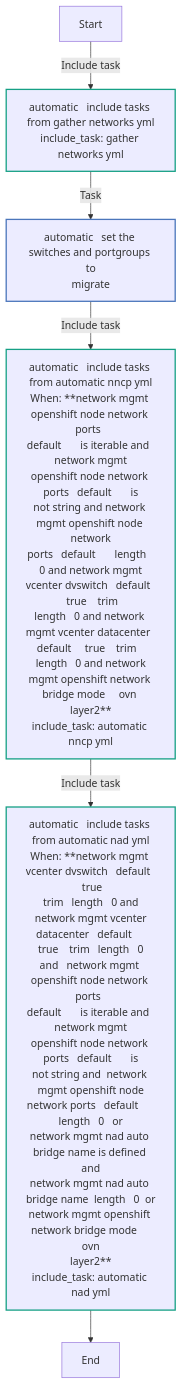
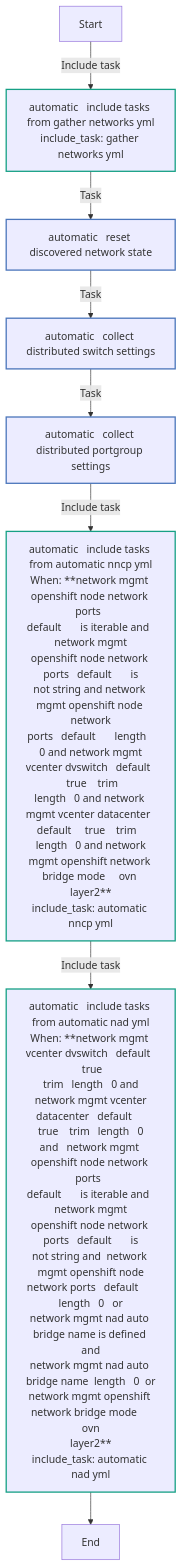
The first of 9 diagrams in roles/network_mgmt/README.md (redhat-cop/openshift_virtualization_migration), drawn with Mermaid before and after one commit. The commit also changed other lines of this file and 3 other files, not shown here.

````diff
--- a/roles/network_mgmt/README.md
+++ b/roles/network_mgmt/README.md
@@ -261,18 +275,20 @@
 ```mermaid
 flowchart TD
 Start
 classDef block stroke:#3498db,stroke-width:2px;
 classDef task stroke:#4b76bb,stroke-width:2px;
 classDef includeTasks stroke:#16a085,stroke-width:2px;
 classDef importTasks stroke:#34495e,stroke-width:2px;
 classDef includeRole stroke:#2980b9,stroke-width:2px;
 classDef importRole stroke:#699ba7,stroke-width:2px;
 classDef includeVars stroke:#8e44ad,stroke-width:2px;
 classDef rescue stroke:#665352,stroke-width:2px;
 
   Start-->|Include task| automatic___Include_tasks_from_gather_networks_yml_gather_networks_yml_0[automatic   include tasks from gather networks yml<br>include_task: gather networks yml]:::includeTasks
-  automatic___Include_tasks_from_gather_networks_yml_gather_networks_yml_0-->|Task| automatic___Set_the_switches_and_portgroups_to_migrate1[automatic   set the switches and portgroups to<br>migrate]:::task
-  automatic___Set_the_switches_and_portgroups_to_migrate1-->|Include task| automatic___Include_tasks_from_automatic_nncp_yml_automatic_nncp_yml_2[automatic   include tasks from automatic nncp yml<br>When: **network mgmt openshift node network ports  <br>default       is iterable and  network mgmt<br>openshift node network ports   default       is<br>not string and network mgmt openshift node network<br>ports   default       length   0 and network mgmt<br>vcenter dvswitch   default     true    trim  <br>length   0 and network mgmt vcenter datacenter  <br>default     true    trim   length   0 and network<br>mgmt openshift network bridge mode     ovn layer2**<br>include_task: automatic nncp yml]:::includeTasks
-  automatic___Include_tasks_from_automatic_nncp_yml_automatic_nncp_yml_2-->|Include task| automatic___Include_tasks_from_automatic_nad_yml_automatic_nad_yml_3[automatic   include tasks from automatic nad yml<br>When: **network mgmt vcenter dvswitch   default     true  <br> trim   length   0 and network mgmt vcenter<br>datacenter   default     true    trim   length   0<br>and   network mgmt openshift node network ports  <br>default       is iterable and  network mgmt<br>openshift node network ports   default       is<br>not string and  network mgmt openshift node<br>network ports   default       length   0   or <br>network mgmt nad auto bridge name is defined and<br>network mgmt nad auto bridge name  length   0  or<br>network mgmt openshift network bridge mode     ovn<br>layer2**<br>include_task: automatic nad yml]:::includeTasks
-  automatic___Include_tasks_from_automatic_nad_yml_automatic_nad_yml_3-->End
+  automatic___Include_tasks_from_gather_networks_yml_gather_networks_yml_0-->|Task| automatic___Reset_discovered_network_state1[automatic   reset discovered network state]:::task
+  automatic___Reset_discovered_network_state1-->|Task| automatic___Collect_distributed_switch_settings2[automatic   collect distributed switch settings]:::task
+  automatic___Collect_distributed_switch_settings2-->|Task| automatic___Collect_distributed_portgroup_settings3[automatic   collect distributed portgroup settings]:::task
+  automatic___Collect_distributed_portgroup_settings3-->|Include task| automatic___Include_tasks_from_automatic_nncp_yml_automatic_nncp_yml_4[automatic   include tasks from automatic nncp yml<br>When: **network mgmt openshift node network ports  <br>default       is iterable and  network mgmt<br>openshift node network ports   default       is<br>not string and network mgmt openshift node network<br>ports   default       length   0 and network mgmt<br>vcenter dvswitch   default     true    trim  <br>length   0 and network mgmt vcenter datacenter  <br>default     true    trim   length   0 and network<br>mgmt openshift network bridge mode     ovn layer2**<br>include_task: automatic nncp yml]:::includeTasks
+  automatic___Include_tasks_from_automatic_nncp_yml_automatic_nncp_yml_4-->|Include task| automatic___Include_tasks_from_automatic_nad_yml_automatic_nad_yml_5[automatic   include tasks from automatic nad yml<br>When: **network mgmt vcenter dvswitch   default     true  <br> trim   length   0 and network mgmt vcenter<br>datacenter   default     true    trim   length   0<br>and   network mgmt openshift node network ports  <br>default       is iterable and  network mgmt<br>openshift node network ports   default       is<br>not string and  network mgmt openshift node<br>network ports   default       length   0   or <br>network mgmt nad auto bridge name is defined and<br>network mgmt nad auto bridge name  length   0  or<br>network mgmt openshift network bridge mode     ovn<br>layer2**<br>include_task: automatic nad yml]:::includeTasks
+  automatic___Include_tasks_from_automatic_nad_yml_automatic_nad_yml_5-->End
 ```
````
